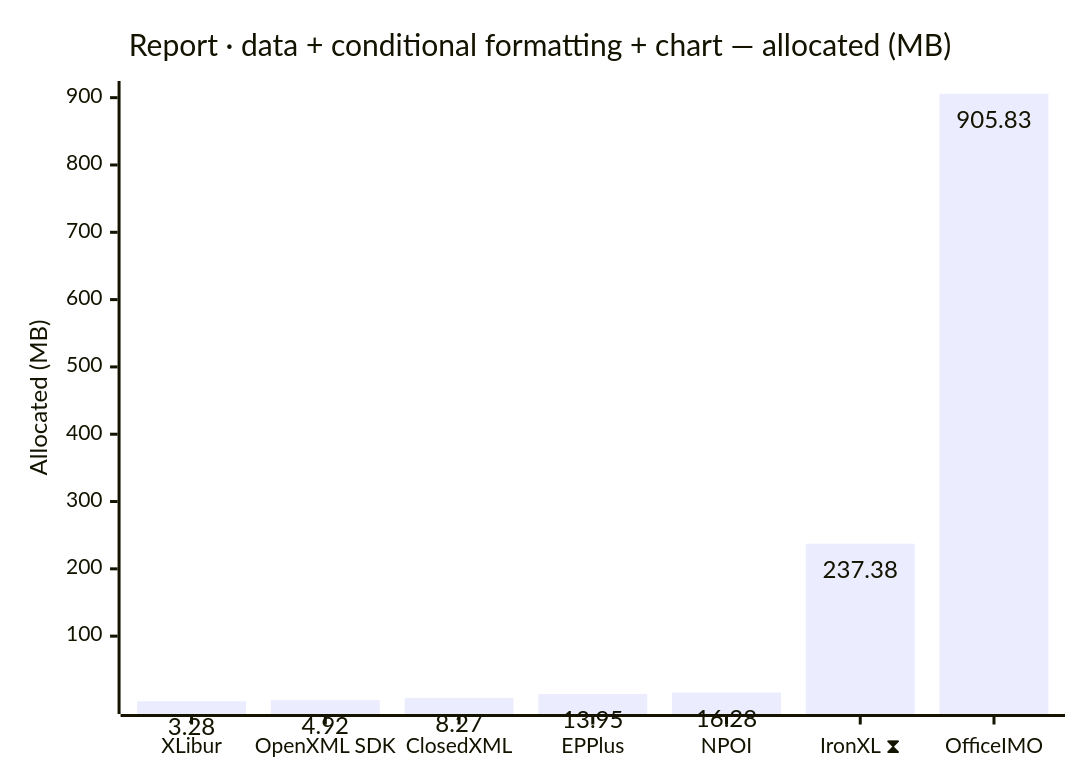
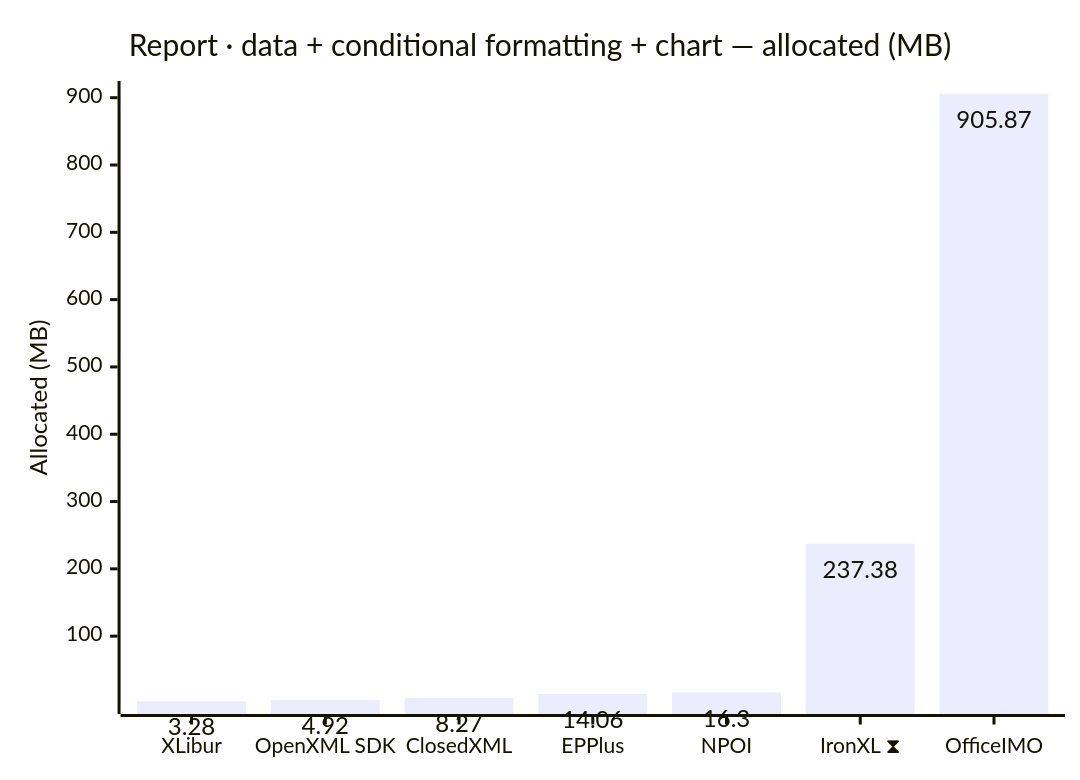
The tenth of 18 diagrams in docs/results-ci.md (jafin/XLBench), drawn with Mermaid before and after one commit. The commit also changed other lines of this file, not shown here.

````diff
--- a/docs/results-ci.md
+++ b/docs/results-ci.md
@@ -160,12 +160,12 @@
 ```mermaid
 ---
 config:
   xyChart:
     showDataLabel: true
 ---
 xychart-beta
     title "Report · data + conditional formatting + chart — allocated (MB)"
     x-axis ["XLibur", "OpenXML SDK", "ClosedXML", "EPPlus", "NPOI", "IronXL ⧗", "OfficeIMO"]
     y-axis "Allocated (MB)"
-    bar [3.28, 4.92, 8.27, 13.95, 16.28, 237.38, 905.83]
+    bar [3.28, 4.92, 8.27, 14.06, 16.3, 237.38, 905.87]
 ```
````
